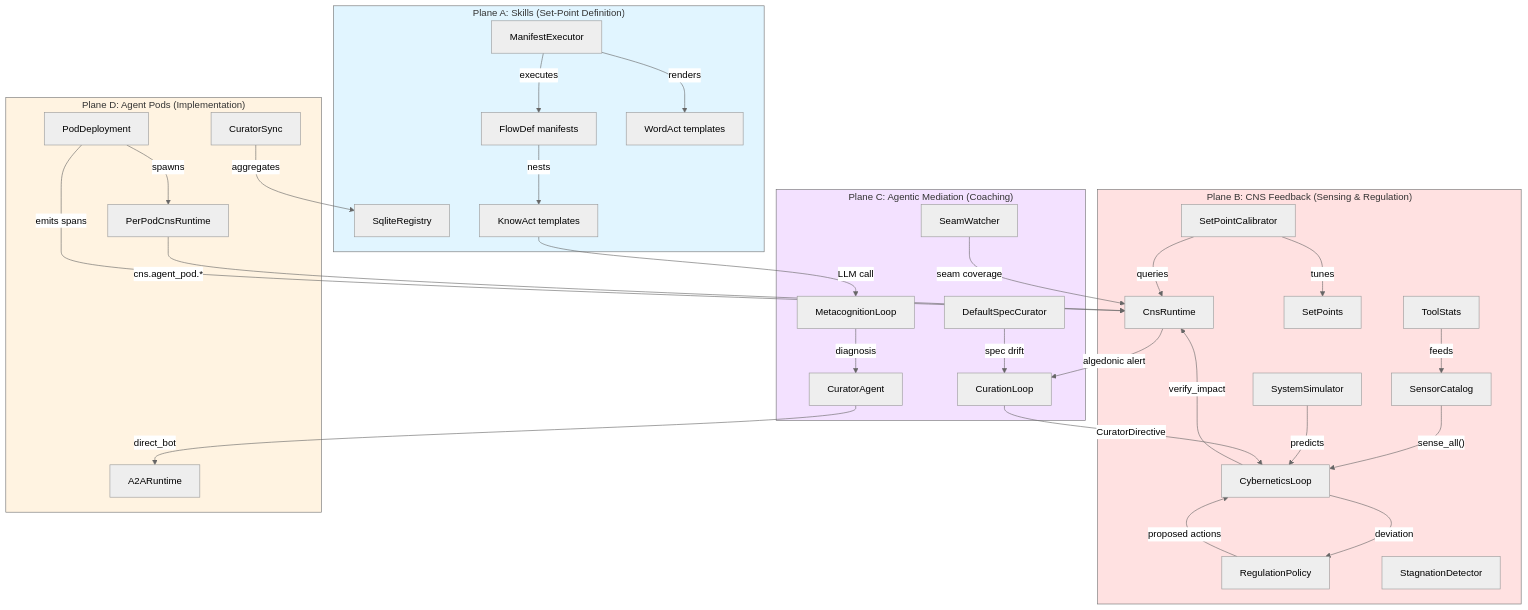
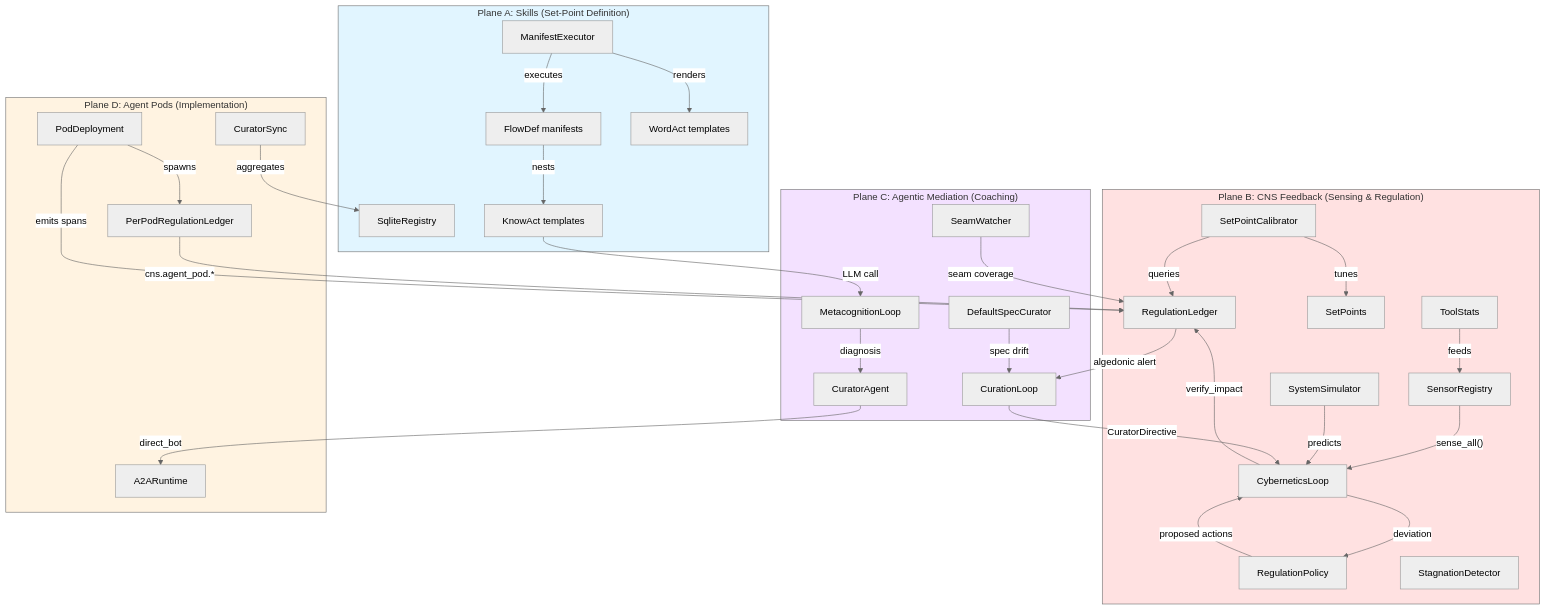
The first of 6 diagrams in docs/architecture/core/toyota-kata-cybernetic-mapping.md (mdz-axo/hKask), drawn with Mermaid (neutral theme) before and after one commit. The commit also changed other lines of this file and 35 other files, not shown here.

First line of the commit message:
document update - name change cns to regulationRename CNS types to regulation terminology in docs

````diff
--- a/docs/architecture/core/toyota-kata-cybernetic-mapping.md
+++ b/docs/architecture/core/toyota-kata-cybernetic-mapping.md
@@ -202,68 +202,68 @@
 ```mermaid
 graph TD
     subgraph PlaneA["Plane A: Skills (Set-Point Definition)"]
         ME["ManifestExecutor"]
         SR["SqliteRegistry"]
         FD["FlowDef manifests"]
         KA["KnowAct templates"]
         WA["WordAct templates"]
     end
 
     subgraph PlaneB["Plane B: CNS Feedback (Sensing & Regulation)"]
-        CR["CnsRuntime"]
+        CR["RegulationLedger"]
         CL["CyberneticsLoop"]
-        SC["SensorCatalog"]
+        SC["SensorRegistry"]
         RP["RegulationPolicy"]
         SP["SetPoints"]
         SPC["SetPointCalibrator"]
         SD["StagnationDetector"]
         TS["ToolStats"]
         SS["SystemSimulator"]
     end
 
     subgraph PlaneC["Plane C: Agentic Mediation (Coaching)"]
         CA["CuratorAgent"]
         CUL["CurationLoop"]
         ML["MetacognitionLoop"]
         SW["SeamWatcher"]
         DSC["DefaultSpecCurator"]
     end
 
     subgraph PlaneD["Plane D: Agent Pods (Implementation)"]
         PD["PodDeployment"]
-        PCNS["PerPodCnsRuntime"]
+        PCNS["PerPodRegulationLedger"]
         A2A["A2ARuntime"]
         CS["CuratorSync"]
     end
 
     ME -->|"renders"| WA
     ME -->|"executes"| FD
     FD -->|"nests"| KA
     KA -->|"LLM call"| ML
 
     SC -->|"sense_all()"| CL
     CL -->|"deviation"| RP
     RP -->|"proposed actions"| CL
     CL -->|"verify_impact"| CR
     SPC -->|"queries"| CR
     SPC -->|"tunes"| SP
     SS -->|"predicts"| CL
     TS -->|"feeds"| SC
 
     CR -->|"algedonic alert"| CUL
     CUL -->|"CuratorDirective"| CL
     ML -->|"diagnosis"| CA
     CA -->|"direct_bot"| A2A
     SW -->|"seam coverage"| CR
     DSC -->|"spec drift"| CUL
 
     PD -->|"spawns"| PCNS
     PCNS -->|"cns.agent_pod.*"| CR
     PD -->|"emits spans"| CR
     CS -->|"aggregates"| SR
 
     style PlaneA fill:#e1f5ff
     style PlaneB fill:#ffe1e1
     style PlaneC fill:#f3e1ff
     style PlaneD fill:#fff3e1
 ```
````
